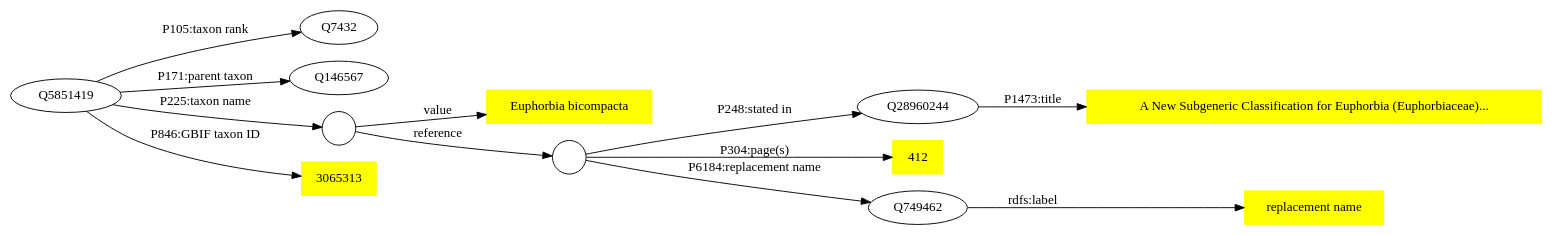
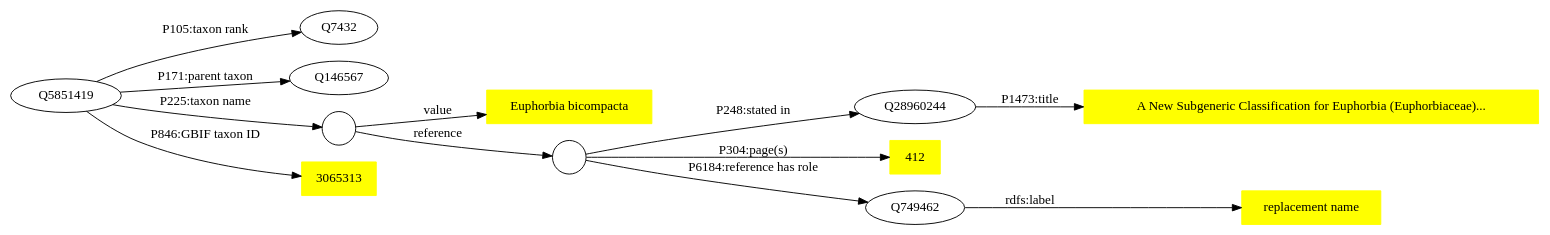
One commit to rdmpage/alec changed the diagram in manuscript/taxonmodel.dot. Above: the diagram before and after it, drawn with Graphviz. The commit also changed 8 other files, not shown here.

```diff
--- a/manuscript/taxonmodel.dot
+++ b/manuscript/taxonmodel.dot
@@ -1,43 +1,43 @@
 digraph G {
 rankdir=LR;
 
 taxon [label="Q5851419"];
 taxonrank [label="Q7432"];
 parent [label="Q146567"];
 
 name [shape=rectangle, style=filled, color=yellow, label="Euphorbia bicompacta"];
 
 /* references */
 s1 [shape="circle", label=""];
 
 r1 [shape="circle", label=""];
 
 
 taxon -> s1 [label="P225:taxon name"];
 s1 -> name [label="value"];
 s1 -> r1 [label="reference"];
 
 item [label="Q28960244"];
 title [shape=rectangle, style=filled, color=yellow, label="A New Subgeneric Classification for Euphorbia (Euphorbiaceae)..."];
 pages [shape=rectangle, style=filled, color=yellow, label="412"];
 
 role [label="Q749462"];
 rolelabel [shape=rectangle, style=filled, color=yellow, label="replacement name"];
 
 r1 -> item [label="P248:stated in"];
 item -> title [label="P1473:title"];
 r1 -> pages [label="P304:page(s)"];
-r1 -> role [label="P6184:replacement name"];
+r1 -> role [label="P6184:reference has role"];
 role -> rolelabel [label="rdfs:label"];
 
 
 
 taxon -> taxonrank [label="P105:taxon rank"];
 taxon -> parent [label="P171:parent taxon"];
 
 gbif [shape=rectangle, style=filled, color=yellow, label="3065313"];
 
 taxon -> gbif [label="P846:GBIF taxon ID"];
 
 
 }
```
